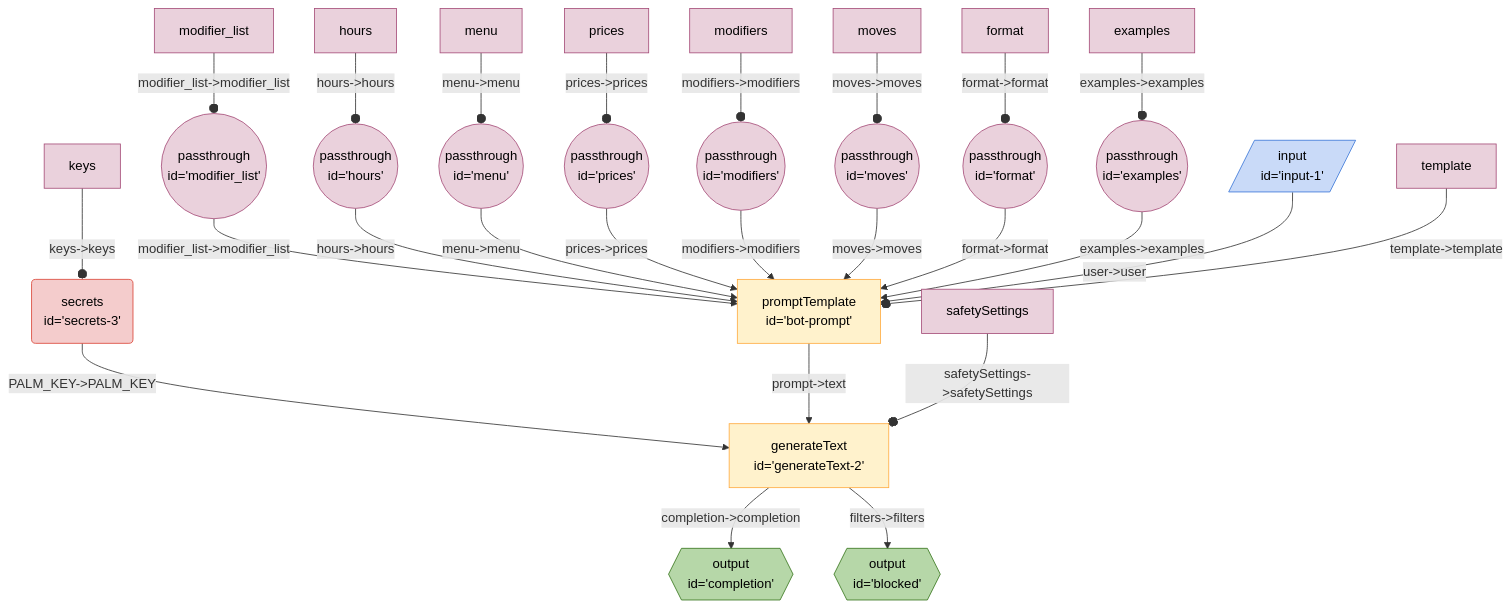
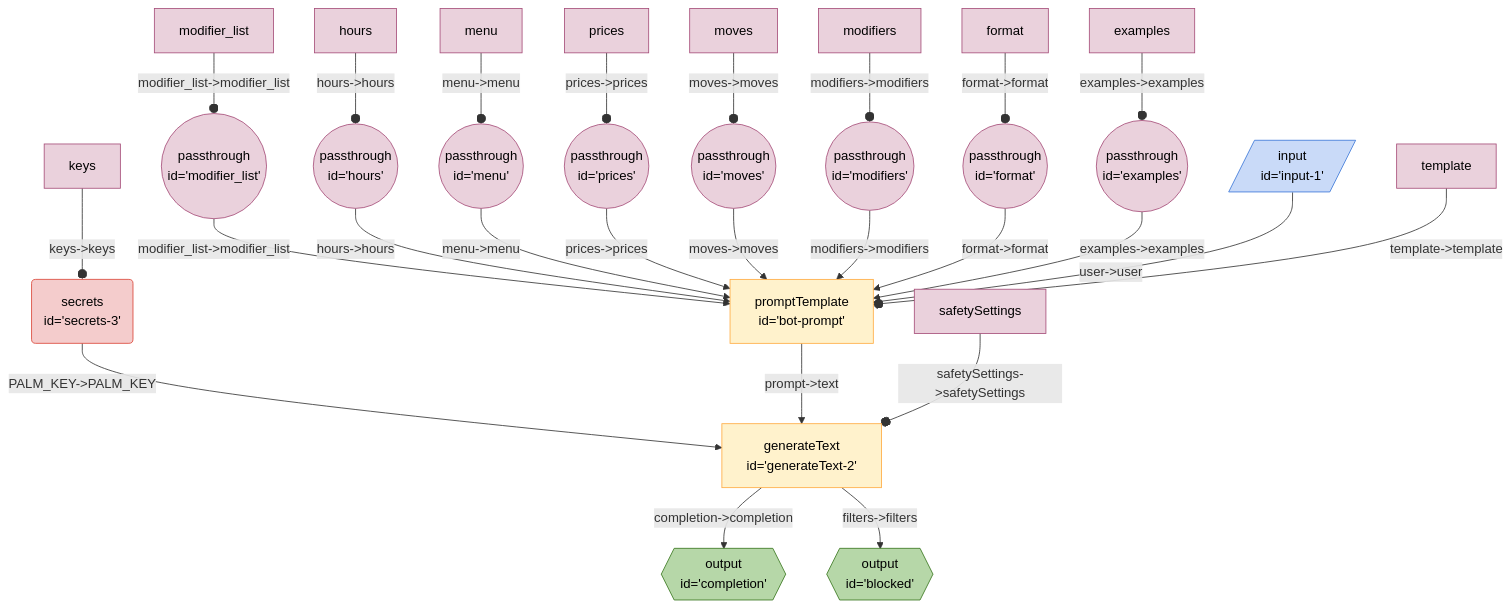
One commit to breadboard-ai/breadboard changed the diagram in seeds/coffe-bot-board/docs/coffee-bot.md. Above: the diagram before and after it, drawn with Mermaid. The commit also changed other lines of this file and 2 other files, not shown here.

Commit message:
[coffee-bot-board] Update json/md files.

````diff
--- a/seeds/coffe-bot-board/docs/coffee-bot.md
+++ b/seeds/coffe-bot-board/docs/coffee-bot.md
@@ -3,36 +3,36 @@
 ```mermaid
 %%{init: 'themeVariables': { 'fontFamily': 'Fira Code, monospace' }}%%
 graph TD;
 modifier_list(("passthrough <br> id='modifier_list'")):::passthrough -- "modifier_list->modifier_list" --> botprompt["promptTemplate <br> id='bot-prompt'"]
 hours(("passthrough <br> id='hours'")):::passthrough -- "hours->hours" --> botprompt["promptTemplate <br> id='bot-prompt'"]
 menu(("passthrough <br> id='menu'")):::passthrough -- "menu->menu" --> botprompt["promptTemplate <br> id='bot-prompt'"]
 prices(("passthrough <br> id='prices'")):::passthrough -- "prices->prices" --> botprompt["promptTemplate <br> id='bot-prompt'"]
+moves(("passthrough <br> id='moves'")):::passthrough -- "moves->moves" --> botprompt["promptTemplate <br> id='bot-prompt'"]
 modifiers(("passthrough <br> id='modifiers'")):::passthrough -- "modifiers->modifiers" --> botprompt["promptTemplate <br> id='bot-prompt'"]
-moves(("passthrough <br> id='moves'")):::passthrough -- "moves->moves" --> botprompt["promptTemplate <br> id='bot-prompt'"]
 format(("passthrough <br> id='format'")):::passthrough -- "format->format" --> botprompt["promptTemplate <br> id='bot-prompt'"]
 examples(("passthrough <br> id='examples'")):::passthrough -- "examples->examples" --> botprompt["promptTemplate <br> id='bot-prompt'"]
 generateText2["generateText <br> id='generateText-2'"] -- "completion->completion" --> completion{{"output <br> id='completion'"}}:::output
 generateText2["generateText <br> id='generateText-2'"] -- "filters->filters" --> blocked{{"output <br> id='blocked'"}}:::output
 secrets3("secrets <br> id='secrets-3'"):::secrets -- "PALM_KEY->PALM_KEY" --> generateText2["generateText <br> id='generateText-2'"]
 botprompt["promptTemplate <br> id='bot-prompt'"] -- "prompt->text" --> generateText2["generateText <br> id='generateText-2'"]
 input1[/"input <br> id='input-1'"/]:::input -- "user->user" --> botprompt["promptTemplate <br> id='bot-prompt'"]
 templatebotprompt[template]:::config -- "template->template" --o botprompt
 modifier_listmodifier_list[modifier_list]:::config -- "modifier_list->modifier_list" --o modifier_list
 hourshours[hours]:::config -- "hours->hours" --o hours
 menumenu[menu]:::config -- "menu->menu" --o menu
 pricesprices[prices]:::config -- "prices->prices" --o prices
+movesmoves[moves]:::config -- "moves->moves" --o moves
 modifiersmodifiers[modifiers]:::config -- "modifiers->modifiers" --o modifiers
-movesmoves[moves]:::config -- "moves->moves" --o moves
 formatformat[format]:::config -- "format->format" --o format
 examplesexamples[examples]:::config -- "examples->examples" --o examples
 safetySettingsgenerateText2[safetySettings]:::config -- "safetySettings->safetySettings" --o generateText2
 keyssecrets3[keys]:::config -- "keys->keys" --o secrets3
 classDef default stroke:#ffab40,fill:#fff2ccff,color:#000
 classDef input stroke:#3c78d8,fill:#c9daf8ff,color:#000
 classDef output stroke:#38761d,fill:#b6d7a8ff,color:#000
 classDef passthrough stroke:#a64d79,fill:#ead1dcff,color:#000
 classDef slot stroke:#a64d79,fill:#ead1dcff,color:#000
 classDef config stroke:#a64d79,fill:#ead1dcff,color:#000
 classDef secrets stroke:#db4437,fill:#f4cccc,color:#000
 classDef slotted stroke:#a64d79
 ```
````
